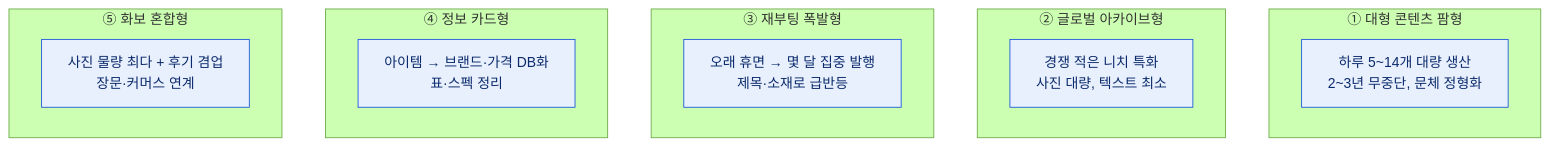
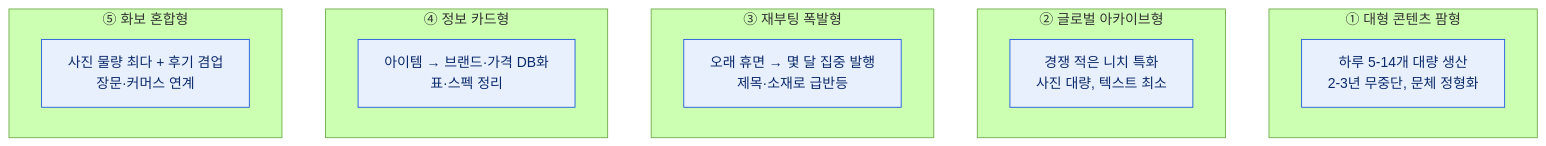
Before and after one commit to DBhyeong/DBhyeong.github.io: the third of 5 diagrams in content/blog/naver-blog-niche-benchmarking-data.md, drawn with Mermaid (forest theme). The commit also changed 6 other files, not shown here.

First line of the commit message:
fix(mermaid): 라벨 내 물결 2개가 취소선으로 파싱되는 버그 수정

````diff
--- a/content/blog/naver-blog-niche-benchmarking-data.md
+++ b/content/blog/naver-blog-niche-benchmarking-data.md
@@ -78,21 +78,21 @@
 ```mermaid
 flowchart TB
     subgraph A["① 대형 콘텐츠 팜형"]
-      A1["하루 5~14개 대량 생산<br/>2~3년 무중단, 문체 정형화"]
+      A1["하루 5-14개 대량 생산<br/>2-3년 무중단, 문체 정형화"]
     end
     subgraph B["② 글로벌 아카이브형"]
       B1["경쟁 적은 니치 특화<br/>사진 대량, 텍스트 최소"]
     end
     subgraph C["③ 재부팅 폭발형"]
       C1["오래 휴면 → 몇 달 집중 발행<br/>제목·소재로 급반등"]
     end
     subgraph D["④ 정보 카드형"]
       D1["아이템 → 브랜드·가격 DB화<br/>표·스펙 정리"]
     end
     subgraph E["⑤ 화보 혼합형"]
       E1["사진 물량 최다 + 후기 겸업<br/>장문·커머스 연계"]
     end
 
     classDef a fill:#e8f0fe,stroke:#1a56db,color:#0b2a6b,stroke-width:1px
     class A1,B1,C1,D1,E1 a
 ```
````
